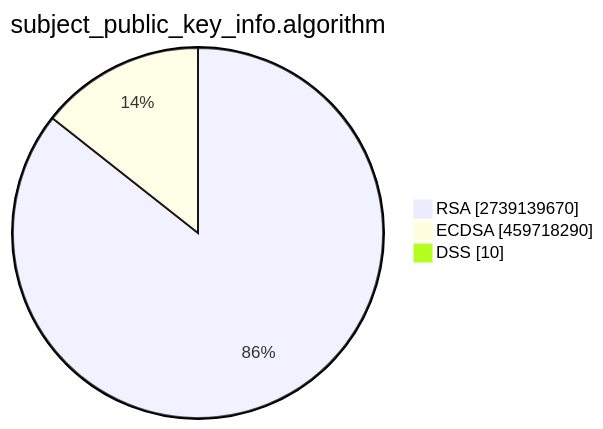
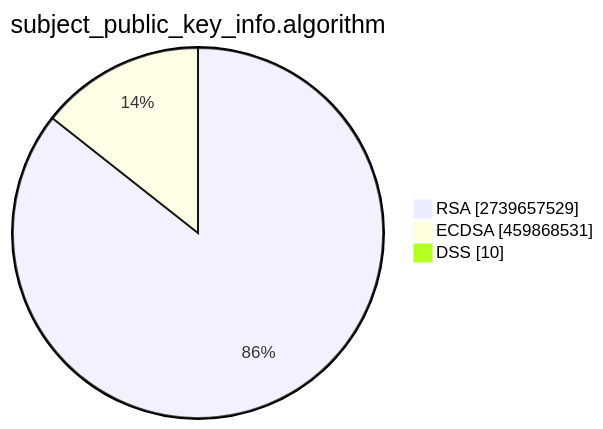
One commit to christiankrug/ctmonitor_visualization changed the second of 15 diagrams in TOTAL/README.md. Above: the diagram before and after it, drawn with Mermaid. The commit also changed other lines of this file, not shown here.

````diff
--- a/TOTAL/README.md
+++ b/TOTAL/README.md
@@ -6,7 +6,7 @@
 ```mermaid
 pie showData
 title subject_public_key_info.algorithm
-"RSA" :2739139670
-"ECDSA" :459718290
+"RSA" :2739657529
+"ECDSA" :459868531
 "DSS" :10
 ```
````
